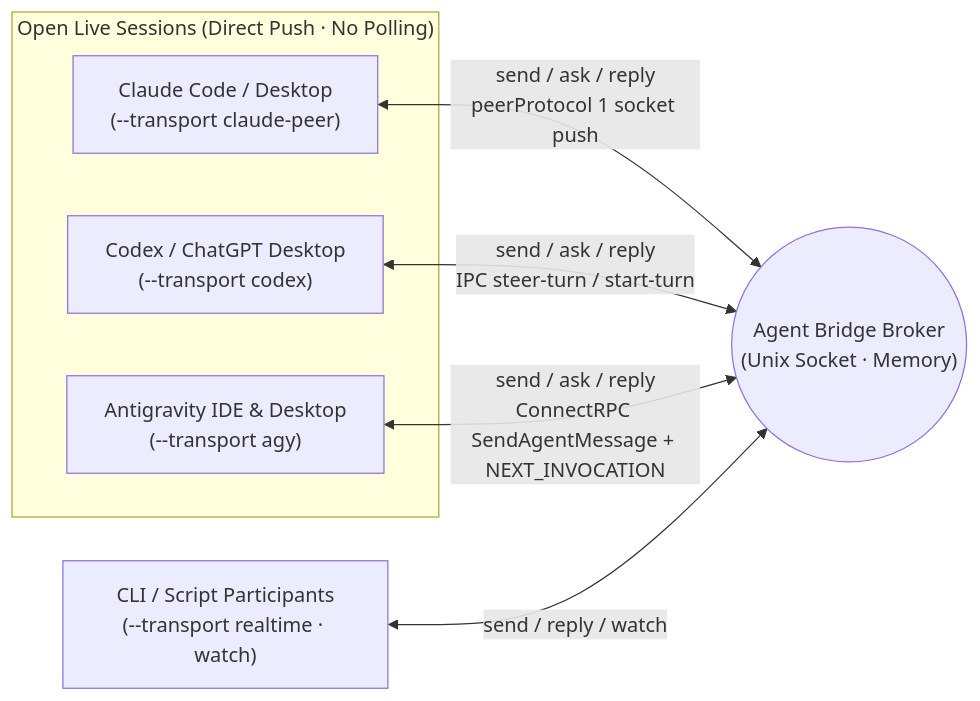
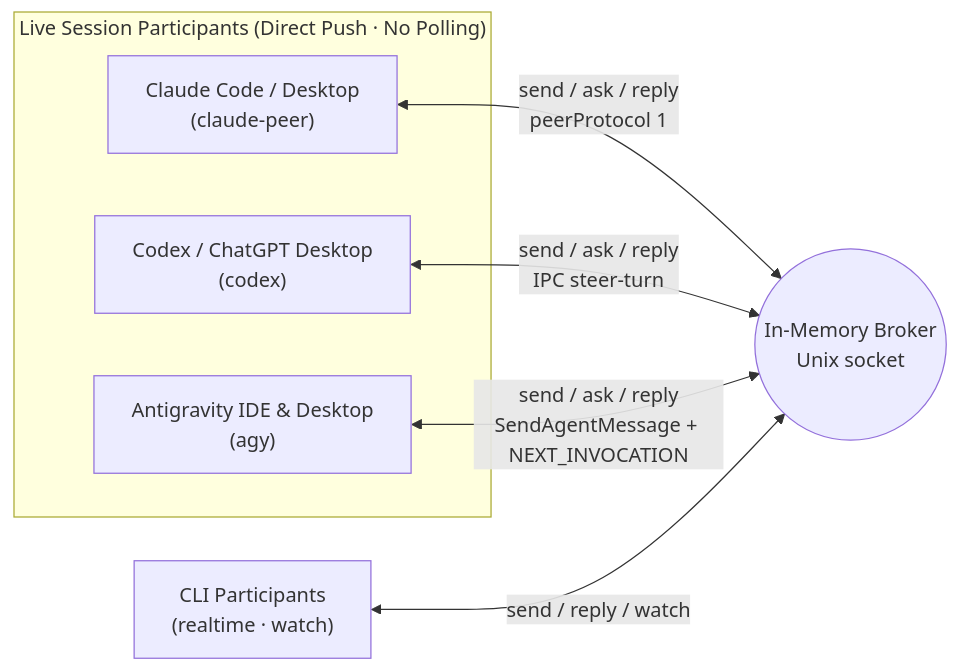
One commit to firejune/AgentBridge changed the diagram in README.md. Above: the diagram before and after it, drawn with Mermaid. The commit also changed other lines of this file and 5 other files, not shown here.

````diff
--- a/README.md
+++ b/README.md
@@ -17,15 +21,15 @@
 ```mermaid
 flowchart LR
-    subgraph Live["Open Live Sessions (Direct Push · No Polling)"]
-        C["Claude Code / Desktop<br/>(--transport claude-peer)"]
-        X["Codex / ChatGPT Desktop<br/>(--transport codex)"]
-        A["Antigravity IDE & Desktop<br/>(--transport agy)"]
+    subgraph Live["Live Session Participants (Direct Push · No Polling)"]
+        C["Claude Code / Desktop<br/>(claude-peer)"]
+        X["Codex / ChatGPT Desktop<br/>(codex)"]
+        A["Antigravity IDE & Desktop<br/>(agy)"]
     end
-    B(("Agent Bridge Broker<br/>(Unix Socket · Memory)"))
-    R["CLI / Script Participants<br/>(--transport realtime · watch)"]
+    B(("In-Memory Broker<br/>Unix socket"))
+    W["CLI Participants<br/>(realtime · watch)"]
 
-    C <-->|"send / ask / reply<br/>peerProtocol 1 socket push"| B
-    X <-->|"send / ask / reply<br/>IPC steer-turn / start-turn"| B
-    A <-->|"send / ask / reply<br/>ConnectRPC SendAgentMessage + NEXT_INVOCATION"| B
-    R <-->|"send / reply / watch"| B
+    C <-->|"send / ask / reply<br/>peerProtocol 1"| B
+    X <-->|"send / ask / reply<br/>IPC steer-turn"| B
+    A <-->|"send / ask / reply<br/>SendAgentMessage + NEXT_INVOCATION"| B
+    W <-->|"send / reply / watch"| B
 ```
````
